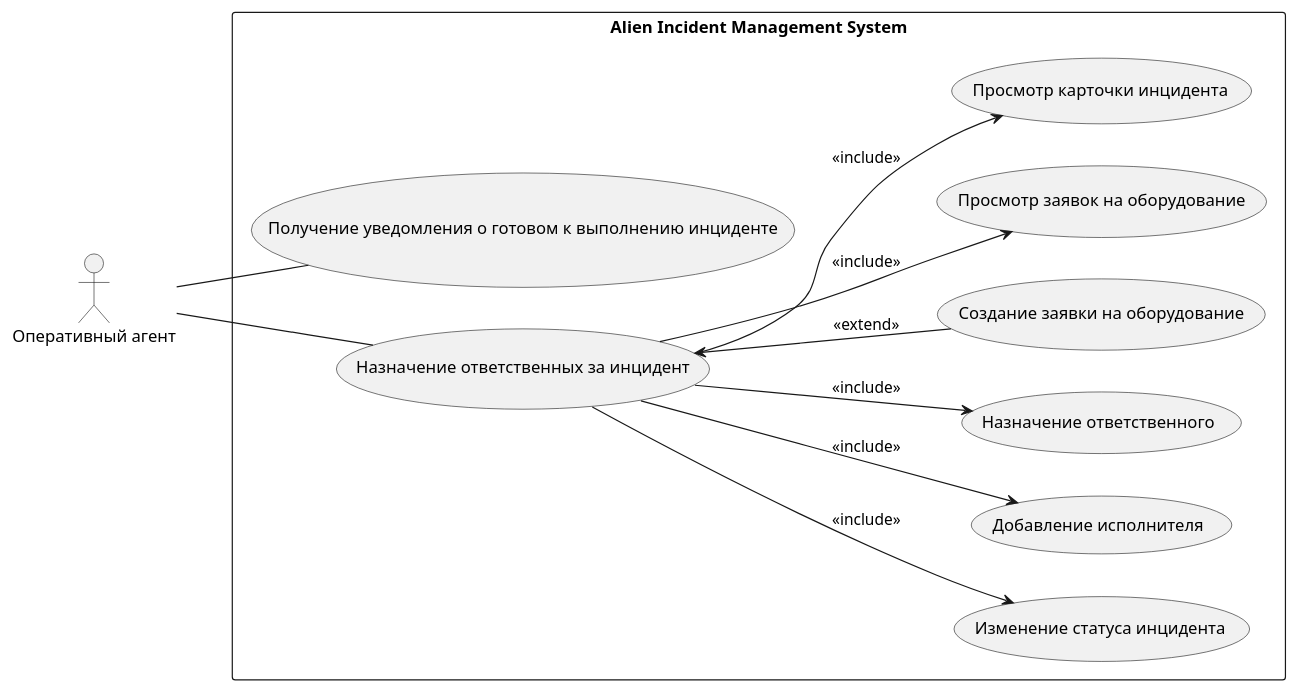
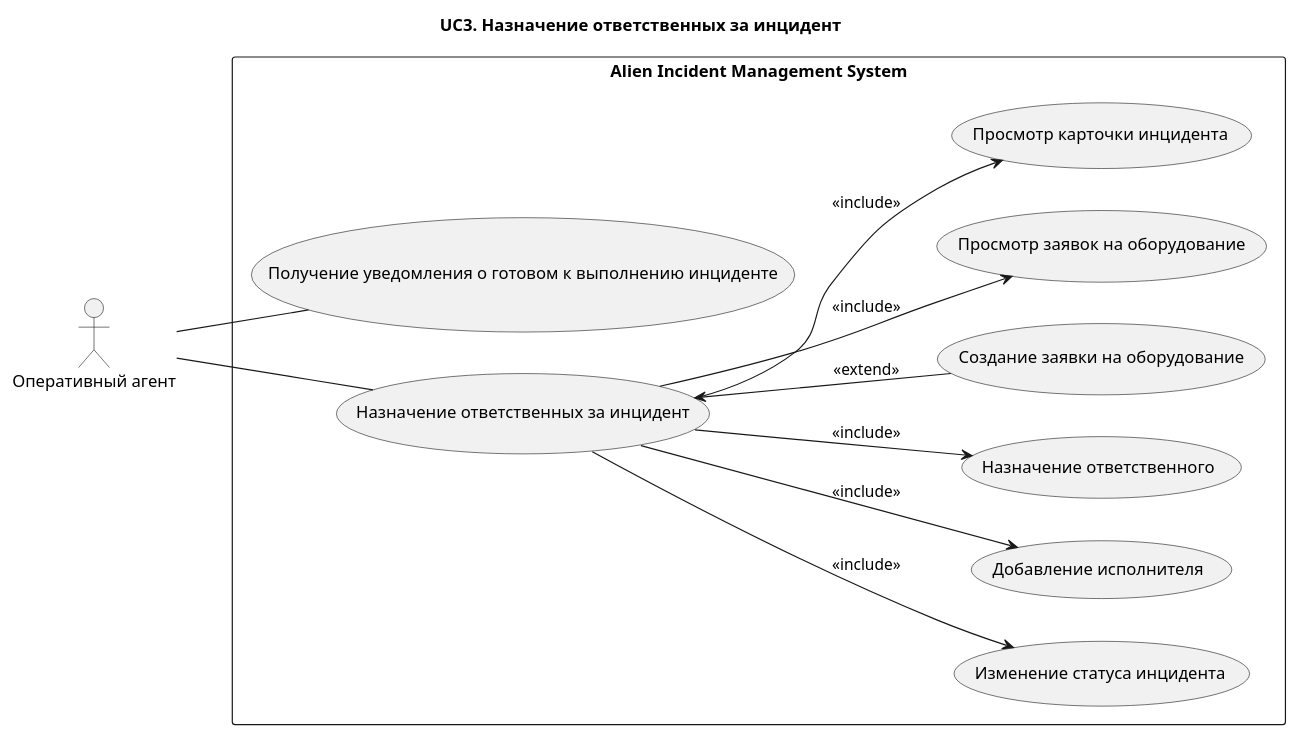
Before and after one commit to Andryss/AIMS: the first of 4 diagrams in docs/use-case/UC3.md, drawn with PlantUML. The commit also changed other lines of this file and 3 other files, not shown here.

````diff
--- a/docs/use-case/UC3.md
+++ b/docs/use-case/UC3.md
@@ -5,34 +5,35 @@
 ```plantuml
 @startuml
+title UC3. Назначение ответственных за инцидент
 left to right direction
 
 actor "Оперативный агент" as Agent
 
 rectangle "Alien Incident Management System" {
 
 (Получение уведомления о готовом к выполнению инциденте) as UC01
 
 (Назначение ответственных за инцидент) as UC11
 
 (Изменение статуса инцидента) as UC116
 (Добавление исполнителя) as UC115
 (Назначение ответственного) as UC114
 (Создание заявки на оборудование) as UC113
 (Просмотр заявок на оборудование) as UC112
 (Просмотр карточки инцидента) as UC111
 
 }
 
 Agent -- UC01
 
 Agent -- UC11
 
 UC11 --> UC111 : <<include>>
 UC11 --> UC112 : <<include>>
 UC11 <-- UC113 : <<extend>>
 UC11 --> UC114 : <<include>>
 UC11 --> UC115 : <<include>>
 UC11 --> UC116 : <<include>>
 
 @enduml
 ```
````
